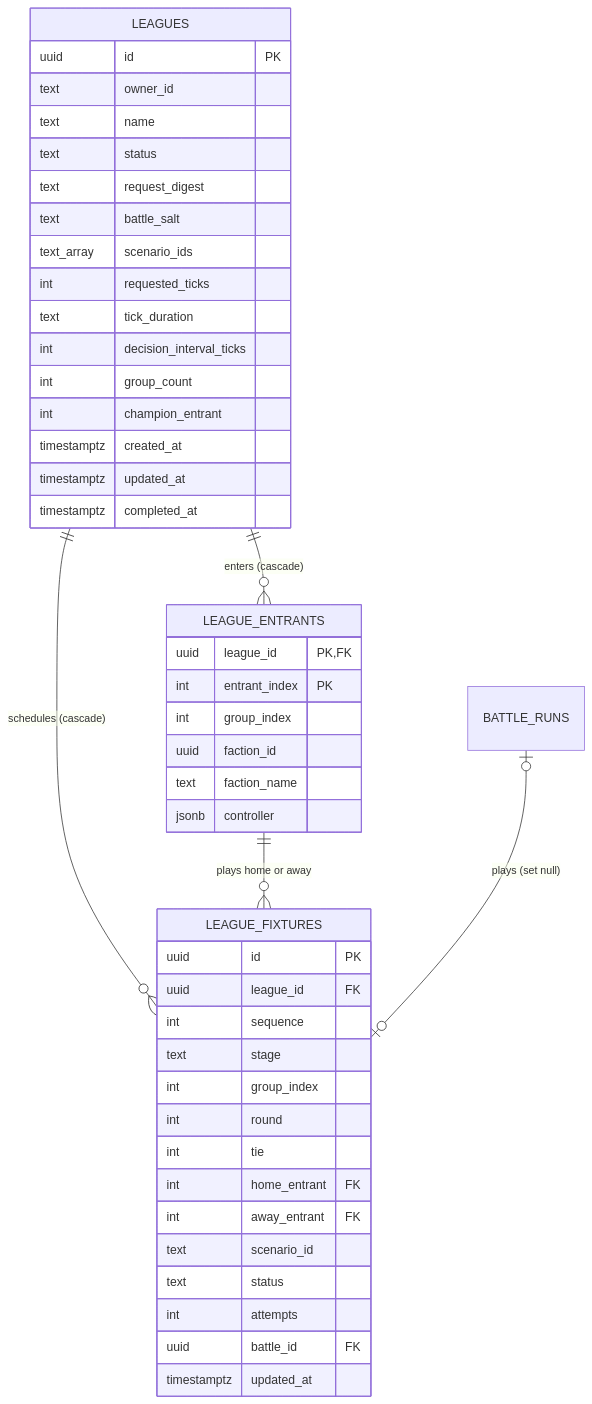
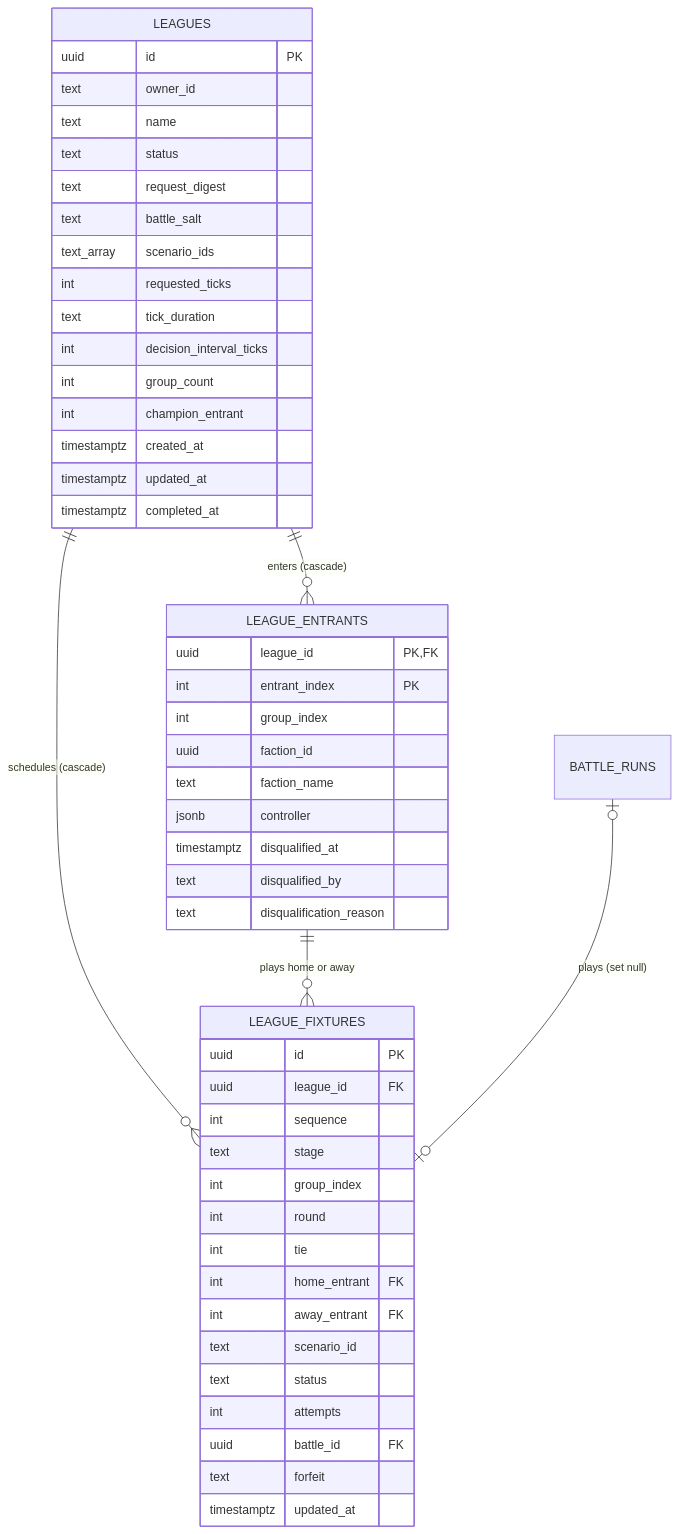
The second of 4 diagrams in docs/architecture/database.md (twhAuto/autonomous_battlefield), drawn with Mermaid before and after one commit. The commit also changed other lines of this file and 21 other files, not shown here.

````diff
--- a/docs/architecture/database.md
+++ b/docs/architecture/database.md
@@ -172,48 +172,52 @@
 ```mermaid
 erDiagram
     LEAGUES ||--o{ LEAGUE_ENTRANTS : "enters (cascade)"
     LEAGUES ||--o{ LEAGUE_FIXTURES : "schedules (cascade)"
     LEAGUE_ENTRANTS ||--o{ LEAGUE_FIXTURES : "plays home or away"
     BATTLE_RUNS |o--o| LEAGUE_FIXTURES : "plays (set null)"
     LEAGUES {
         uuid id PK
         text owner_id
         text name
         text status
         text request_digest
         text battle_salt
         text_array scenario_ids
         int requested_ticks
         text tick_duration
         int decision_interval_ticks
         int group_count
         int champion_entrant
         timestamptz created_at
         timestamptz updated_at
         timestamptz completed_at
     }
     LEAGUE_ENTRANTS {
         uuid league_id PK,FK
         int entrant_index PK
         int group_index
         uuid faction_id
         text faction_name
         jsonb controller
+        timestamptz disqualified_at
+        text disqualified_by
+        text disqualification_reason
     }
     LEAGUE_FIXTURES {
         uuid id PK
         uuid league_id FK
         int sequence
         text stage
         int group_index
         int round
         int tie
         int home_entrant FK
         int away_entrant FK
         text scenario_id
         text status
         int attempts
         uuid battle_id FK
+        text forfeit
         timestamptz updated_at
     }
 ```
````
